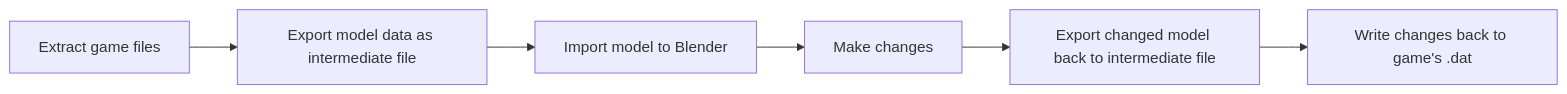
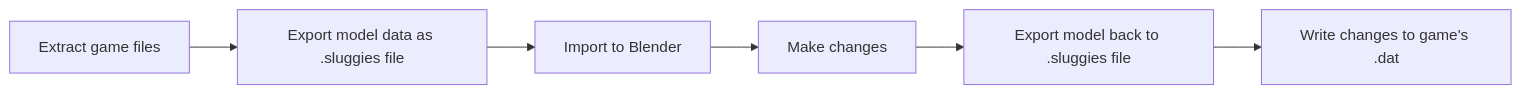
One commit to Jaws-git/Sluggies-dat-tools changed the diagram in README.md. Above: the diagram before and after it, drawn with Mermaid. The commit also changed other lines of this file, not shown here.

Commit message:
readme update

````diff
--- a/README.md
+++ b/README.md
@@ -25,8 +25,8 @@
 ```mermaid
 flowchart LR
-    A[Extract game files] --> B[Export model data as intermediate file]
-    B --> C[Import model to Blender]
+    A[Extract game files] --> B[Export model data as .sluggies file]
+    B --> C[Import to Blender]
     C --> D[Make changes]
-    D --> E[Export changed model back to intermediate file]
-    E --> F[Write changes back to game's .dat]
+    D --> E[Export model back to .sluggies file]
+    E --> F[Write changes to game's .dat]
 ```
````
